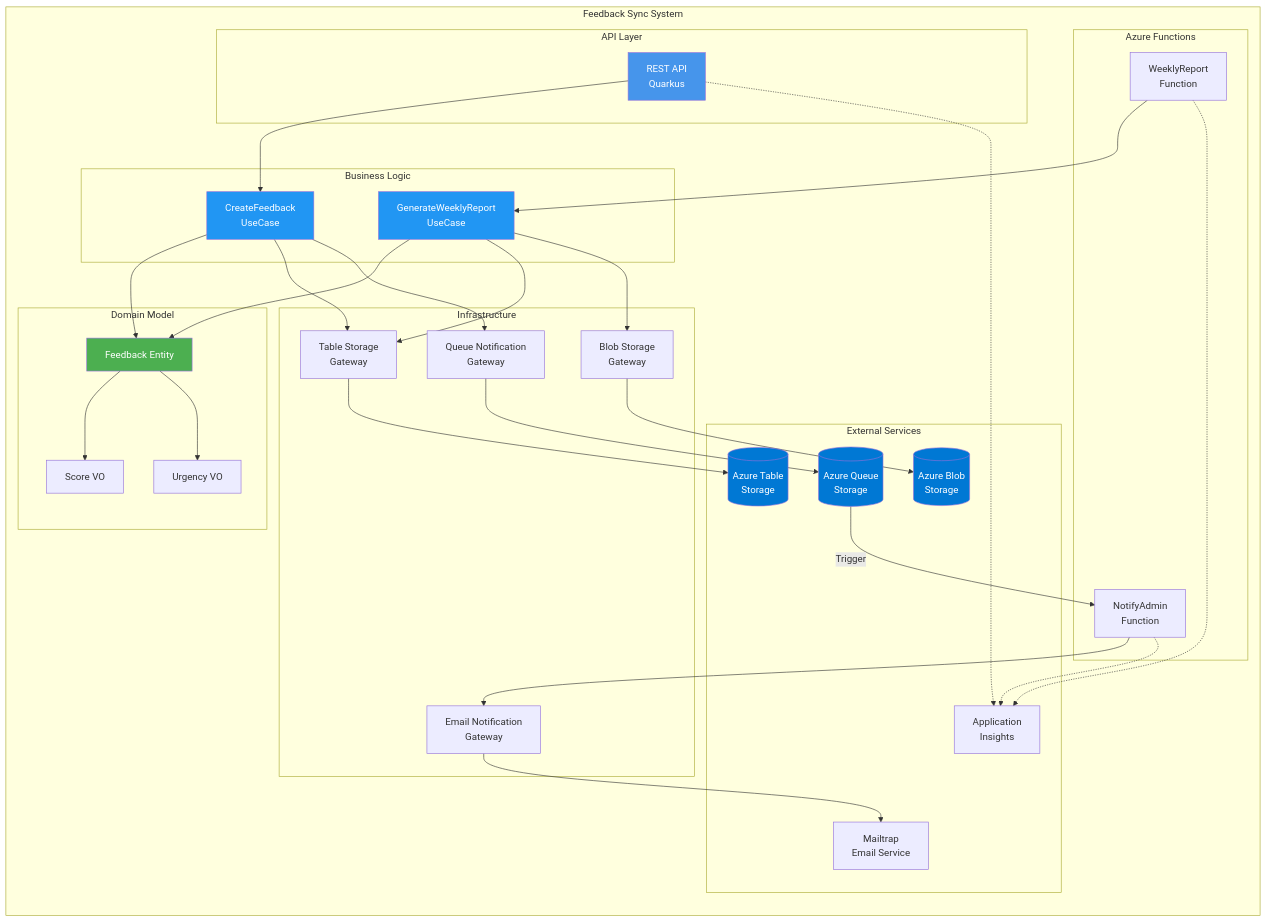
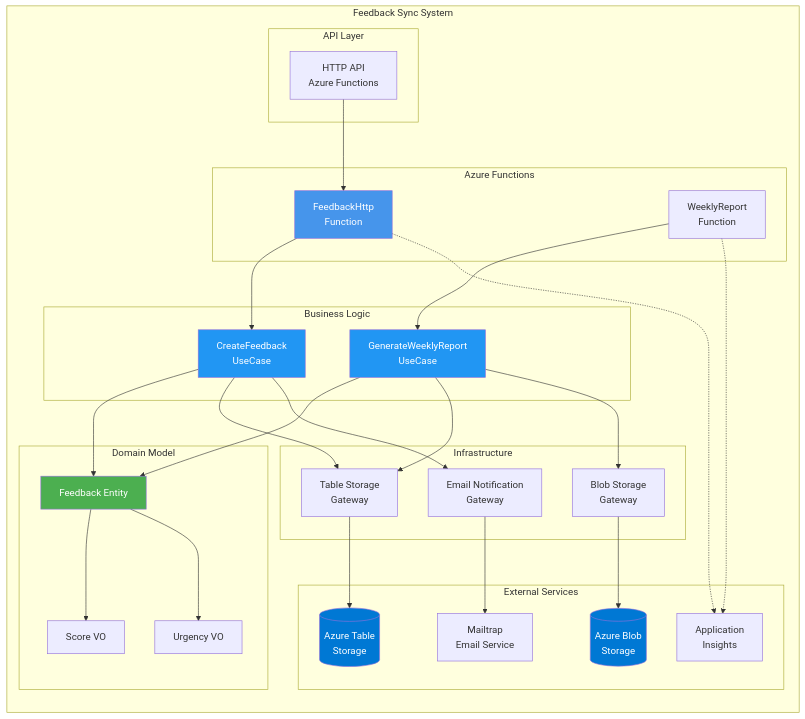
The fifth of 8 diagrams in README.md (luizffdemoraes/feedback-sync), drawn with Mermaid before and after one commit. The commit also changed other lines of this file and 32 other files, not shown here.

````diff
--- a/README.md
+++ b/README.md
@@ -478,67 +451,61 @@
 ```mermaid
 graph LR
     subgraph "Feedback Sync System"
         subgraph "API Layer"
-            REST[REST API<br/>Quarkus]
+            HTTP[HTTP API<br/>Azure Functions]
         end
         
         subgraph "Business Logic"
             UC1[CreateFeedback<br/>UseCase]
             UC2[GenerateWeeklyReport<br/>UseCase]
         end
         
         subgraph "Domain Model"
             FB[Feedback Entity]
             SC[Score VO]
             UR[Urgency VO]
         end
         
         subgraph "Infrastructure"
             TS[Table Storage<br/>Gateway]
-            QNG[Queue Notification<br/>Gateway]
             ENG[Email Notification<br/>Gateway]
             BS[Blob Storage<br/>Gateway]
         end
         
         subgraph "Azure Functions"
-            NF[NotifyAdmin<br/>Function]
+            FF[FeedbackHttp<br/>Function]
             WF[WeeklyReport<br/>Function]
         end
         
         subgraph "External Services"
             AST[(Azure Table<br/>Storage)]
             MT[Mailtrap<br/>Email Service]
-            QS[(Azure Queue<br/>Storage)]
             ABS[(Azure Blob<br/>Storage)]
             AI[Application<br/>Insights]
         end
     end
 
-    REST --> UC1
+    HTTP --> FF
+    FF --> UC1
     UC1 --> FB
     UC2 --> FB
     FB --> SC
     FB --> UR
     UC1 --> TS
-    UC1 --> QNG
+    UC1 --> ENG
     UC2 --> TS
     UC2 --> BS
     TS --> AST
-    QNG --> QS
-    QS -->|Trigger| NF
-    NF --> ENG
     ENG --> MT
     BS --> ABS
     WF --> UC2
-    REST -.-> AI
-    NF -.-> AI
+    FF -.-> AI
     WF -.-> AI
 
-    style REST fill:#4695EB,color:#fff
+    style FF fill:#4695EB,color:#fff
     style UC1 fill:#2196F3,color:#fff
     style UC2 fill:#2196F3,color:#fff
     style FB fill:#4CAF50,color:#fff
     style AST fill:#0078D4,color:#fff
-    style QS fill:#0078D4,color:#fff
     style ABS fill:#0078D4,color:#fff
 ```
````
